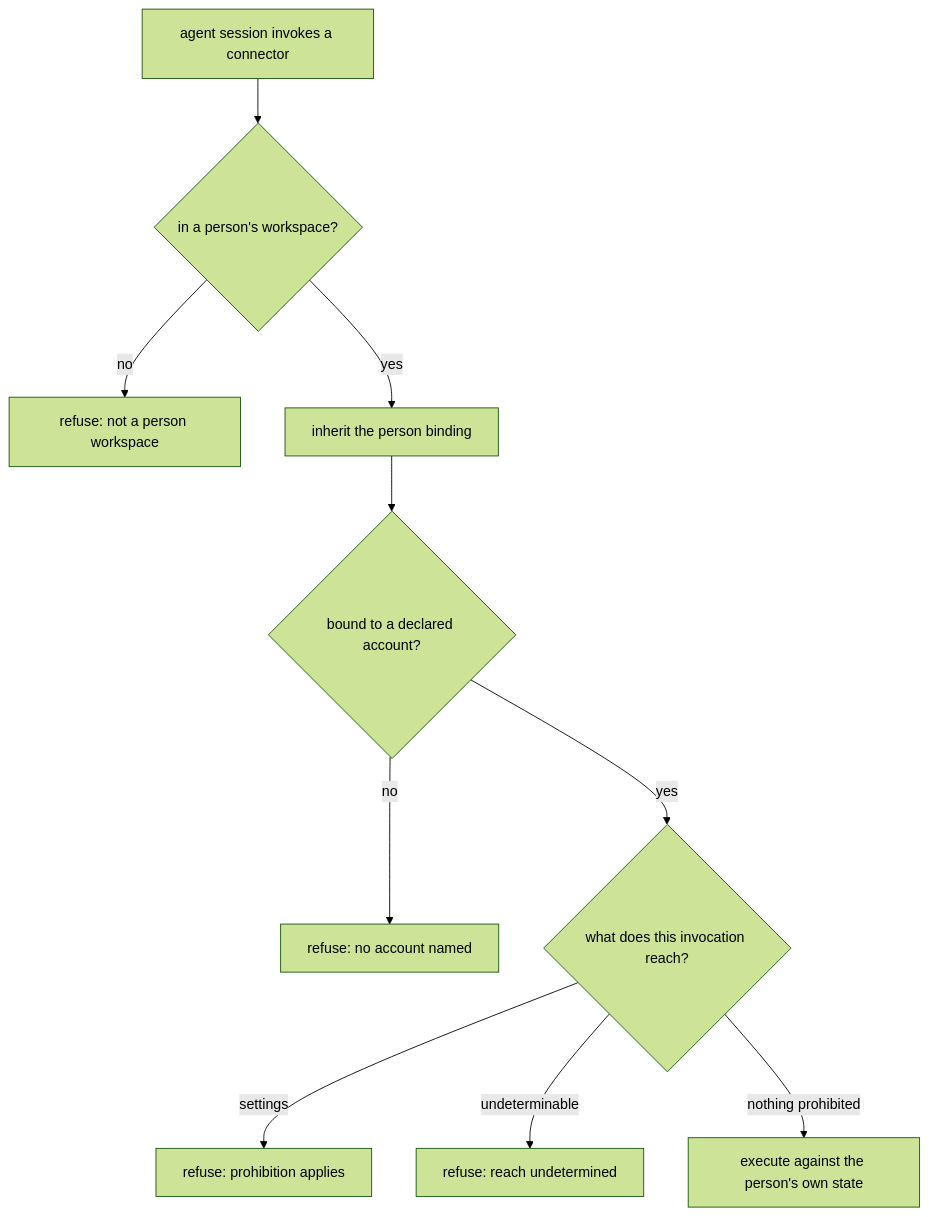
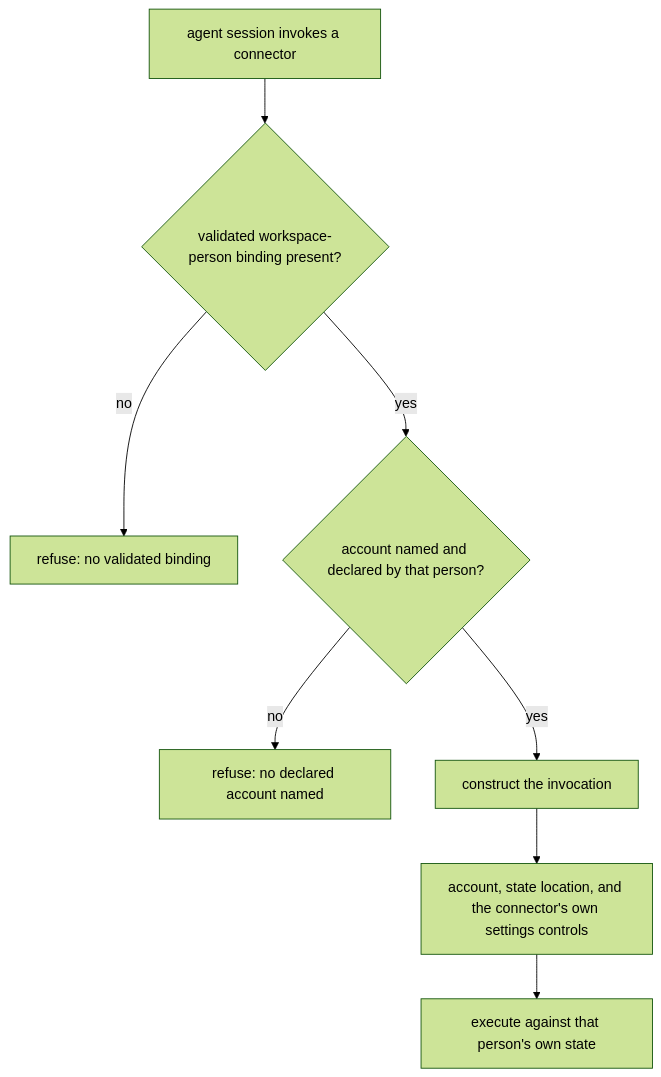
The diagram in docs/project/design/architecture/assistant-connector-boundary.md (InstruktAI/TeleClaude), drawn with Mermaid (forest theme) before and after one commit. The commit also changed other lines of this file and 1 other file, not shown here.

First line of the commit message:
docs(architecture,personal): rebuild the design against the approved PRD and correct the connector contract's credential and route claims

````diff
--- a/docs/project/design/architecture/assistant-connector-boundary.md
+++ b/docs/project/design/architecture/assistant-connector-boundary.md
@@ -138,12 +120,10 @@
 ```mermaid
 flowchart TD
-    A[agent session invokes a connector] --> B{in a person's workspace?}
-    B -- no --> R0[refuse: not a person workspace]
-    B -- yes --> C[inherit the person binding]
-    C --> D{bound to a declared account?}
-    D -- no --> R1[refuse: no account named]
-    D -- yes --> E{what does this invocation reach?}
-    E -- settings --> R2[refuse: prohibition applies]
-    E -- undeterminable --> R3[refuse: reach undetermined]
-    E -- nothing prohibited --> G[execute against the person's own state]
+    A[agent session invokes a connector] --> B{validated workspace-person binding present?}
+    B -- no --> R0[refuse: no validated binding]
+    B -- yes --> C{account named and declared by that person?}
+    C -- no --> R1[refuse: no declared account named]
+    C -- yes --> D[construct the invocation]
+    D --> E[account, state location, and the connector's own settings controls]
+    E --> F[execute against that person's own state]
 ```
````
